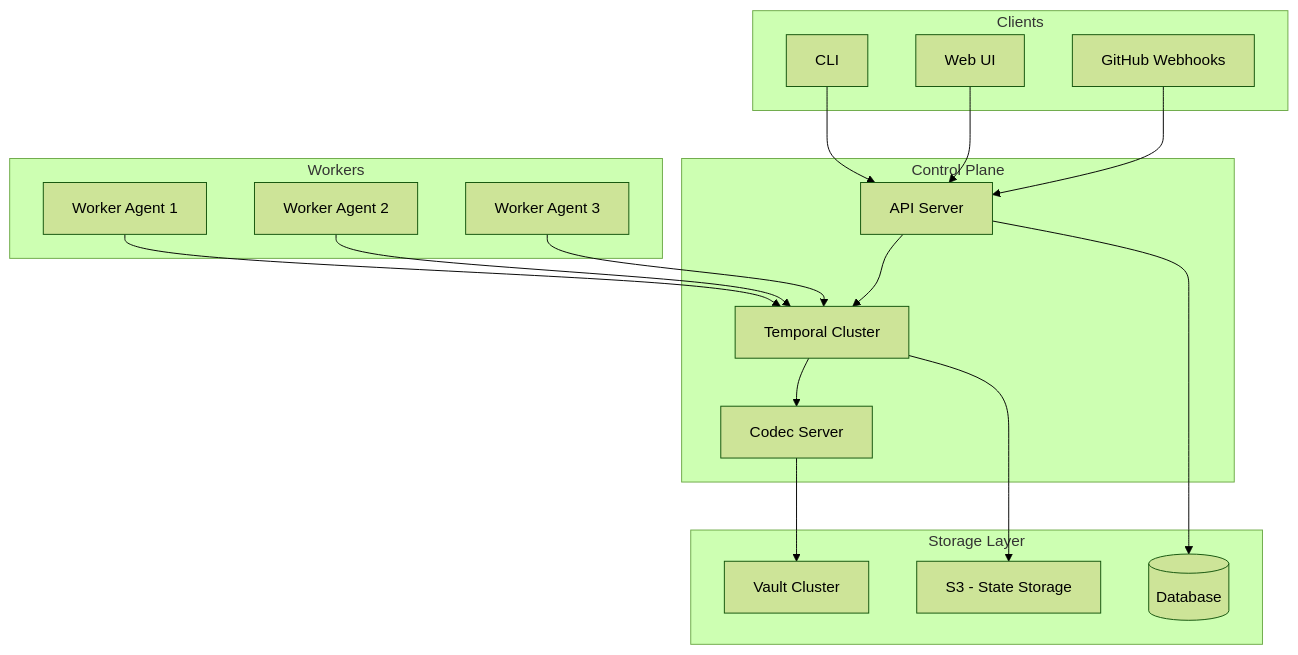
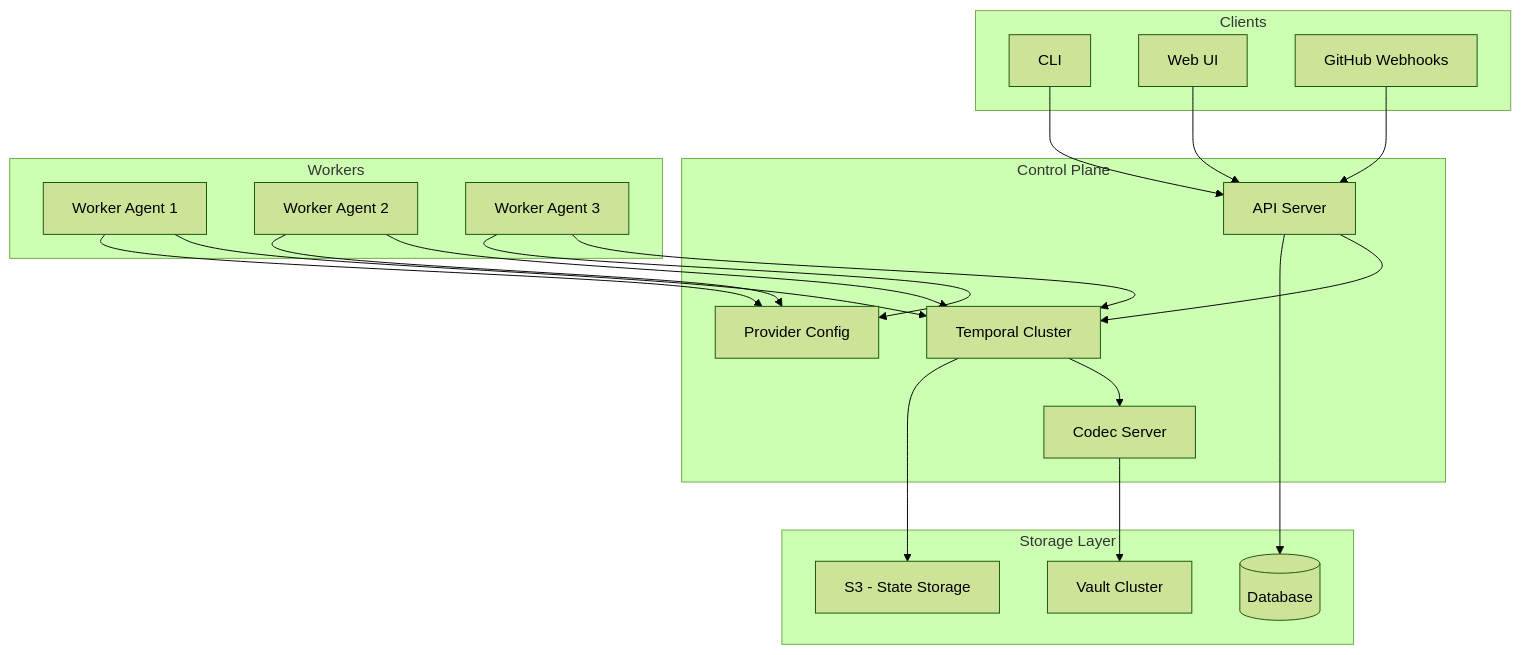
One commit to nunocgoncalves/stackly changed the first of 10 diagrams in README.md. Above: the diagram before and after it, drawn with Mermaid (forest theme). The commit also changed other lines of this file, not shown here.

````diff
--- a/README.md
+++ b/README.md
@@ -6,36 +6,38 @@
 ```mermaid
 graph TB
     subgraph "Control Plane"
         TC[Temporal Cluster]
         CS[Codec Server]
         AS[API Server]
+        PC[Provider Config]
     end
     
     subgraph "Storage Layer"
         S3[S3 - State Storage]
         DB[(Database)]
         VC[Vault Cluster]
     end
     
     subgraph "Workers"
         W1[Worker Agent 1]
         W2[Worker Agent 2]
         W3[Worker Agent 3]
     end
     
     subgraph "Clients"
         CLI[CLI]
         UI[Web UI]
         GH[GitHub Webhooks]
     end
     
     CLI --> AS
     UI --> AS
     GH --> AS
     AS --> TC
     TC --> CS
     CS --> VC
     W1 & W2 & W3 --> TC
+    W1 & W2 & W3 --> PC
     TC --> S3
     AS --> DB
 ```
````
